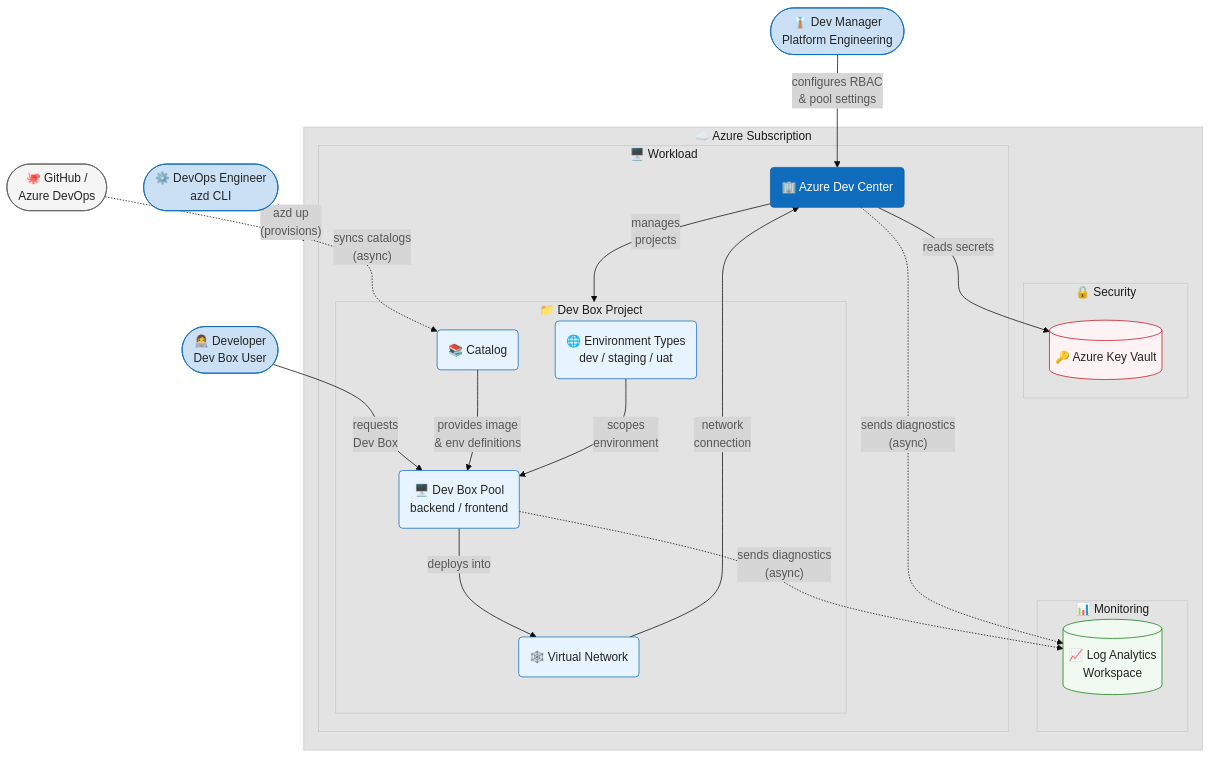
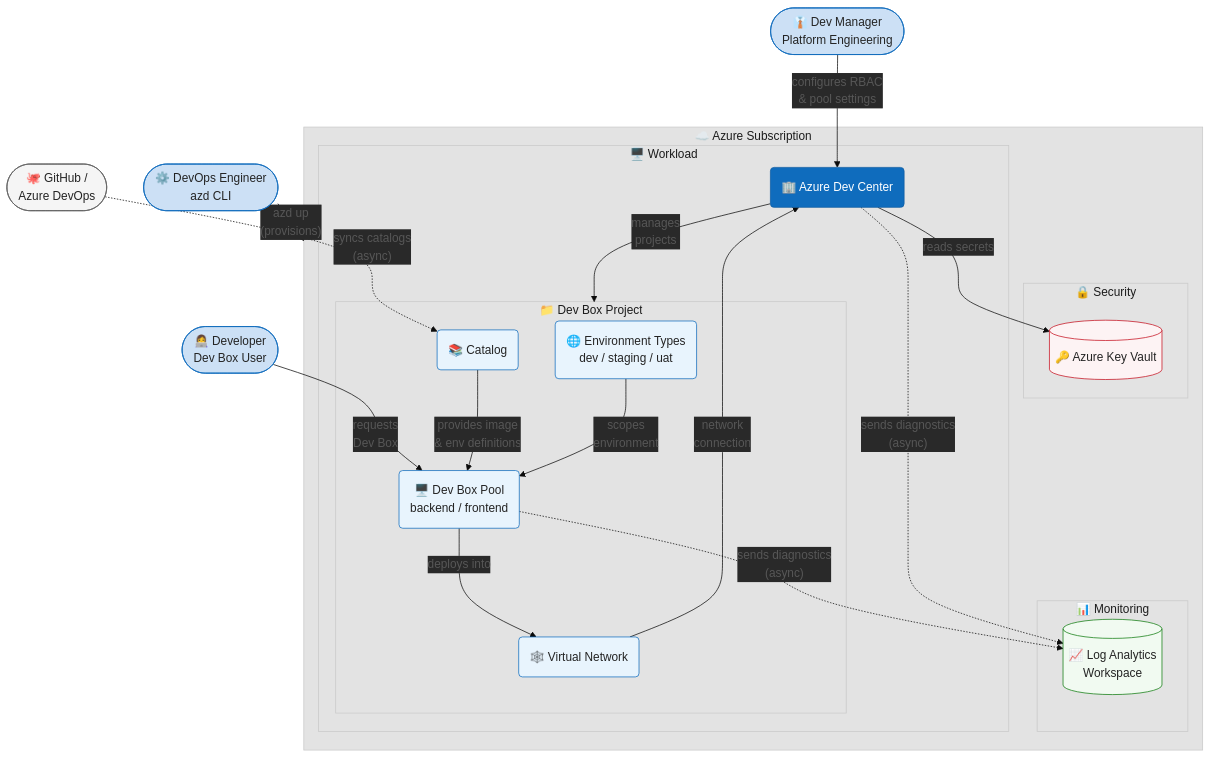
The diagram in README.md (Evilazaro/DevExp-DevBox), drawn with Mermaid before and after one commit.

Commit message:
Add secondary color variable to configuration for enhanced theming

````diff
--- a/README.md
+++ b/README.md
@@ -61,74 +61,75 @@
 ```mermaid
 ---
 config:
   description: "High-level architecture diagram showing actors, primary flows, and major components."
   theme: base
   themeVariables:
     textColor: "#242424"
     primaryColor: "#d6d6d6"
     primaryTextColor: "#575757"
     primaryBorderColor: "#ebebeb"
+    secondaryColor: "#292929"
 ---
 flowchart TB
 
   %% ── Actors ────────────────────────────────────────────────────────────────
   DevManager(["👔 Dev Manager<br/>Platform Engineering"])
   Developer(["👩‍💻 Developer<br/>Dev Box User"])
   DevOps(["⚙️ DevOps Engineer<br/>azd CLI"])
 
   %% ── External Systems ──────────────────────────────────────────────────────
   GitHub(["🐙 GitHub /<br/>Azure DevOps"])
 
   %% ── Azure Subscription ────────────────────────────────────────────────────
   subgraph SUB["☁️ Azure Subscription"]
 
     subgraph MON["📊 Monitoring"]
       LogAnalytics[("📈 Log Analytics<br/>Workspace")]
     end
 
     subgraph SEC["🔒 Security"]
       KeyVault[("🔑 Azure Key Vault")]
     end
 
     subgraph WKL["🖥️ Workload"]
       DevCenter("🏢 Azure Dev Center")
 
       subgraph PROJ["📁 Dev Box Project"]
         Catalog("📚 Catalog")
         EnvType("🌐 Environment Types<br/>dev / staging / uat")
         Pool("🖥️ Dev Box Pool<br/>backend / frontend")
         VNet("🕸️ Virtual Network")
       end
     end
 
   end
 
   %% ── Interactions ──────────────────────────────────────────────────────────
   DevOps -- "azd up<br/>(provisions)" --> SUB
   DevManager -- "configures RBAC<br/>& pool settings" --> DevCenter
   Developer -- "requests<br/>Dev Box" --> Pool
   DevCenter -- "manages<br/>projects" --> PROJ
   GitHub -. "syncs catalogs<br/>(async)" .-> Catalog
   Catalog -- "provides image<br/>& env definitions" --> Pool
   EnvType -- "scopes<br/>environment" --> Pool
   Pool -- "deploys into" --> VNet
   VNet -- "network<br/>connection" --> DevCenter
   DevCenter -- "reads secrets" --> KeyVault
   DevCenter -. "sends diagnostics<br/>(async)" .-> LogAnalytics
   Pool -. "sends diagnostics<br/>(async)" .-> LogAnalytics
 
   %% ── Styles ────────────────────────────────────────────────────────────────
   classDef actor fill:#cce0f5,stroke:#0f6cbd,color:#242424
   classDef component fill:#0f6cbd,stroke:#115ea3,color:#ffffff
   classDef security fill:#fdf3f4,stroke:#c50f1f,color:#242424
   classDef monitoring fill:#f1faf1,stroke:#107c10,color:#242424
   classDef external fill:#f5f5f5,stroke:#616161,color:#242424
   classDef inner fill:#e8f4fd,stroke:#0f6cbd,color:#242424
 
   class DevManager,Developer,DevOps actor
   class DevCenter component
   class KeyVault security
   class LogAnalytics monitoring
   class GitHub external
   class Catalog,EnvType,Pool,VNet inner
 ```
````
